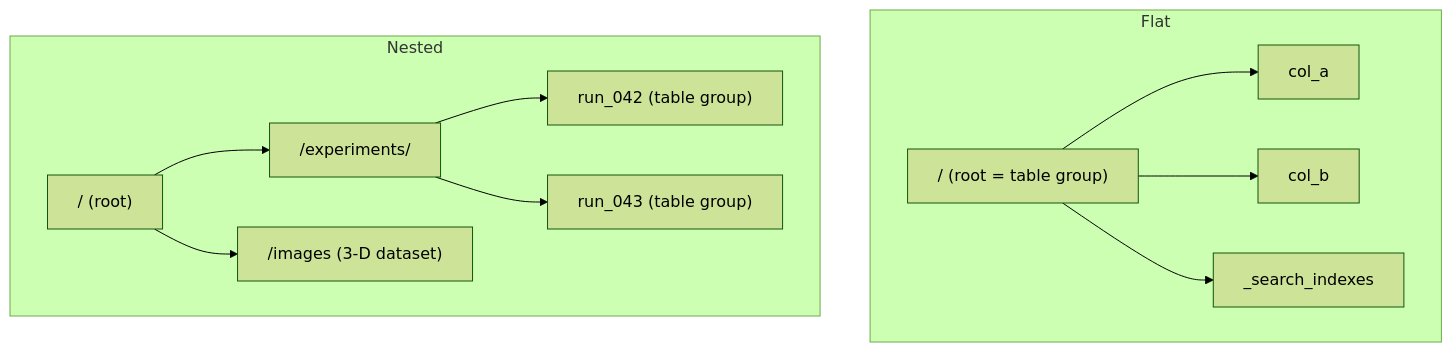
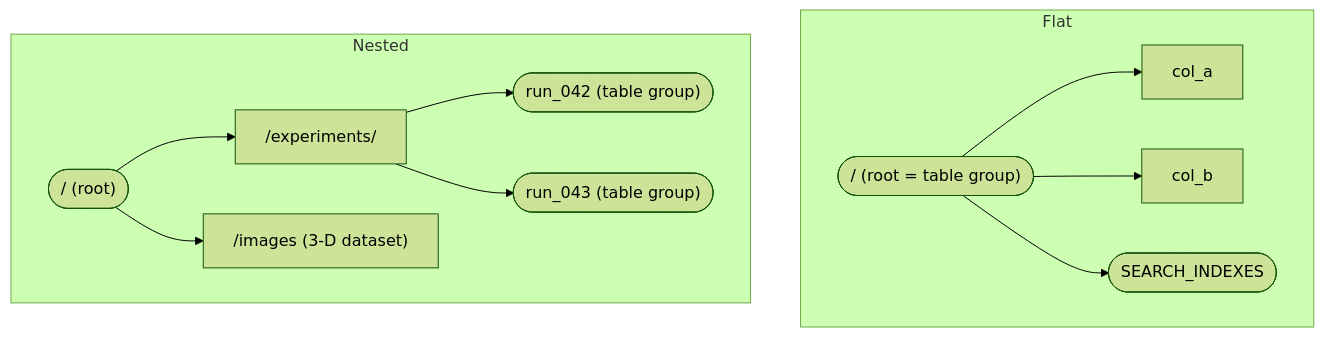
Before and after one commit to HDFAlliance/heps: the third of 7 diagrams in HEP001/index.md, drawn with Mermaid (forest theme). The commit also changed other lines of this file, not shown here.

````diff
--- a/HEP001/index.md
+++ b/HEP001/index.md
@@ -361,16 +475,16 @@
 ```{mermaid}
 graph TD
   subgraph Flat
-    R1["/ (root = table group)"]
+    R1(["/ (root = table group)"])
     R1 --> c1a["col_a"]
     R1 --> c1b["col_b"]
-    R1 --> SI1["_search_indexes"]
+    R1 --> SI1(["SEARCH_INDEXES"])
   end
   subgraph Nested
-    R2["/ (root)"]
+    R2(["/ (root)"])
     R2 --> G1["/experiments/"]
-    G1 --> T1["run_042 (table group)"]
-    G1 --> T2["run_043 (table group)"]
+    G1 --> T1(["run_042 (table group)"])
+    G1 --> T2(["run_043 (table group)"])
     R2 --> IMG["/images (3-D dataset)"]
   end
 ```
````
